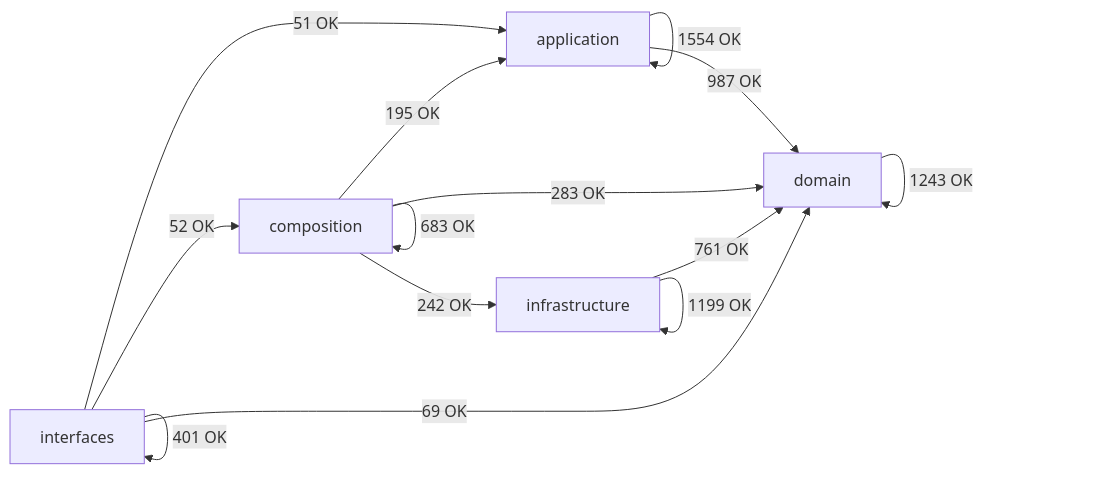
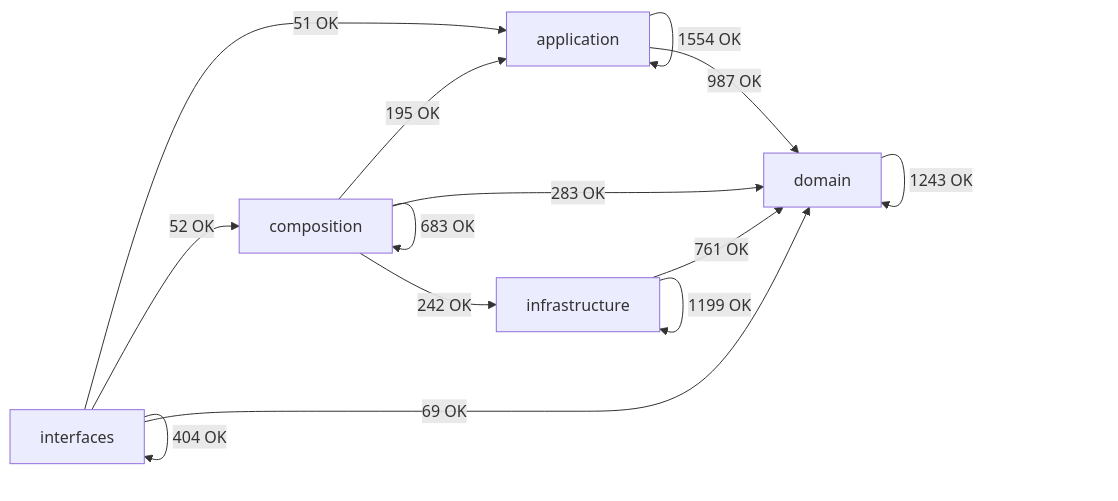
Before and after one commit to SatoryKono/BioactivityDataAcquisition: the diagram in docs/02-architecture/generated/module-dependency-map.md, drawn with Mermaid. The commit also changed other lines of this file and 82 other files, not shown here.

````diff
--- a/docs/02-architecture/generated/module-dependency-map.md
+++ b/docs/02-architecture/generated/module-dependency-map.md
@@ -17,21 +17,21 @@
 ```mermaid
 flowchart LR
     domain[domain]
     application[application]
     infrastructure[infrastructure]
     composition[composition]
     interfaces[interfaces]
     application -->|1554 OK| application
     application -->|987 OK| domain
     composition -->|195 OK| application
     composition -->|683 OK| composition
     composition -->|283 OK| domain
     composition -->|242 OK| infrastructure
     domain -->|1243 OK| domain
     infrastructure -->|761 OK| domain
     infrastructure -->|1199 OK| infrastructure
     interfaces -->|51 OK| application
     interfaces -->|52 OK| composition
     interfaces -->|69 OK| domain
-    interfaces -->|401 OK| interfaces
+    interfaces -->|404 OK| interfaces
 ```
````
